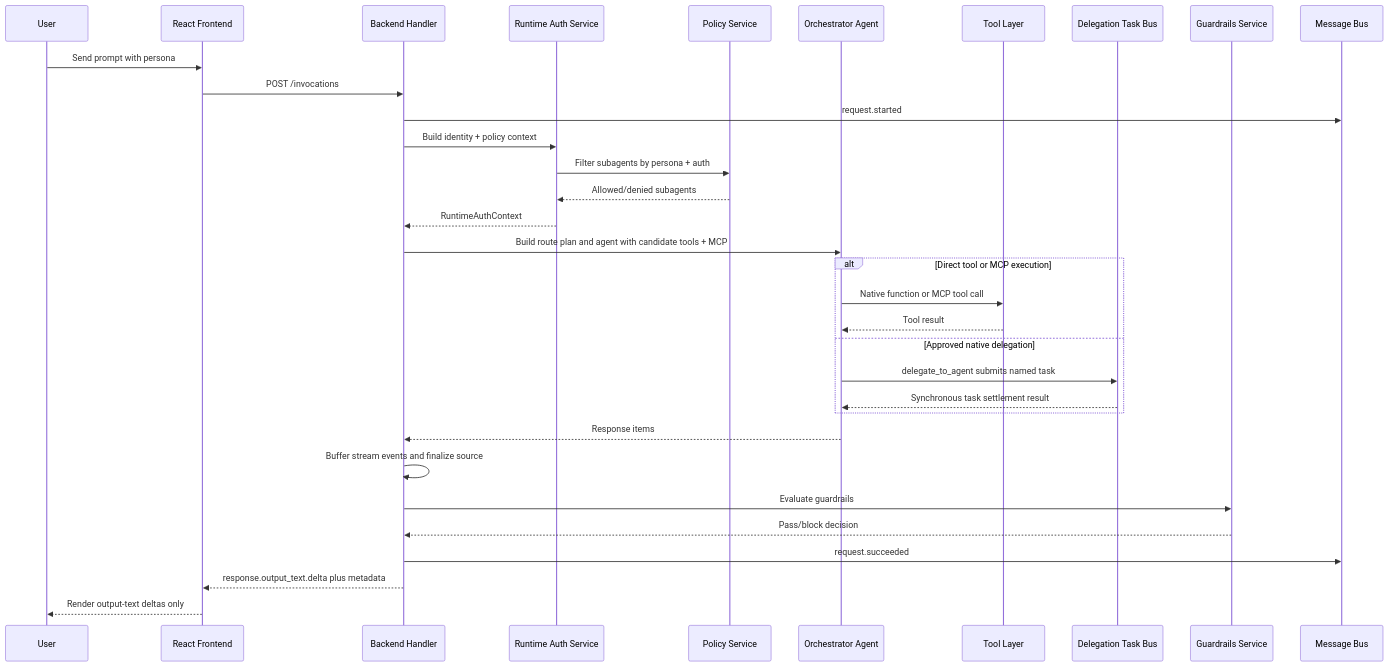
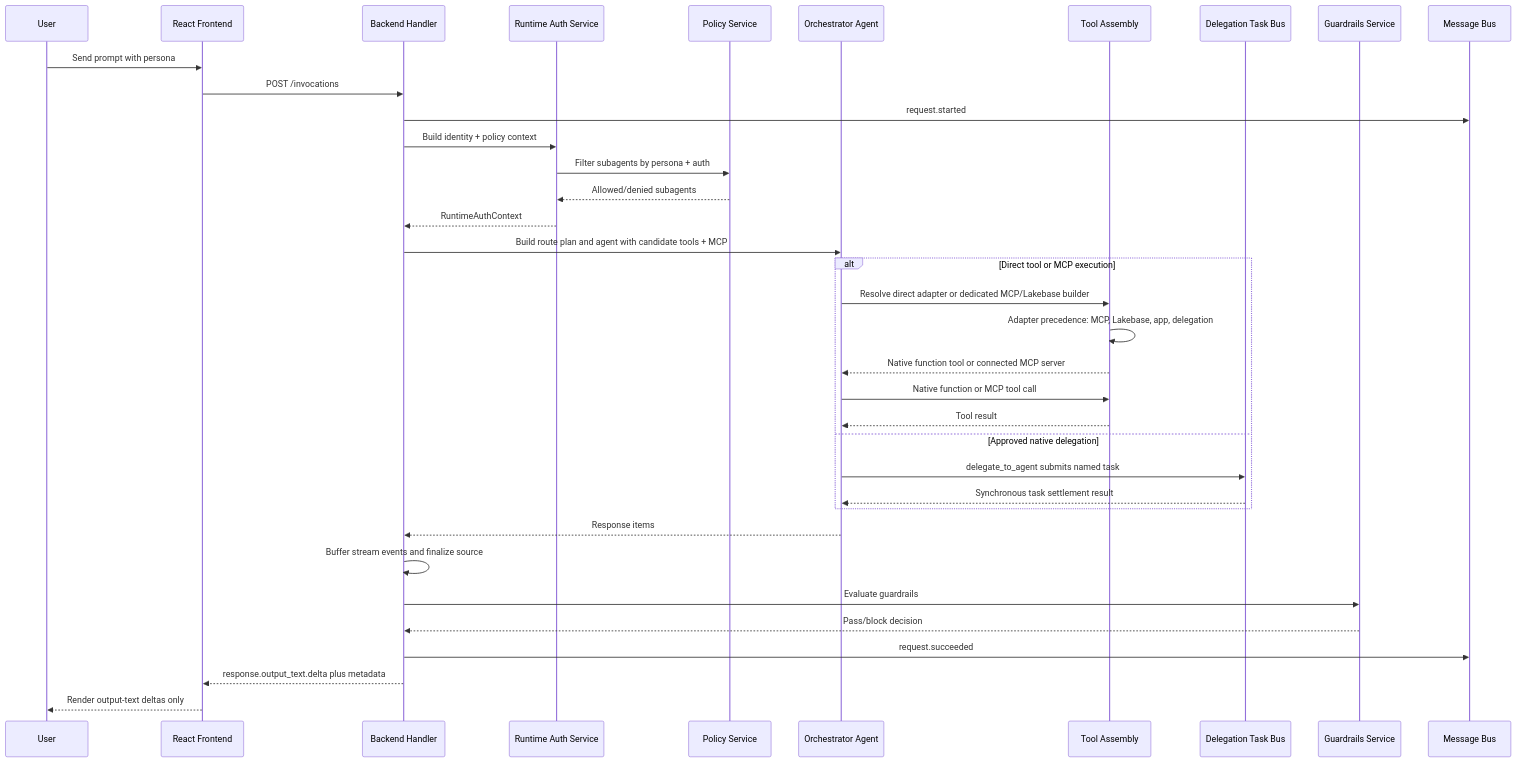
The second of 4 diagrams in docs/architecture/design-artifacts/03-logical-high-level.md (wchen-dea/Governed-Multi-Agent-Intelligence-on-Databricks), drawn with Mermaid before and after one commit. The commit also changed other lines of this file and 12 other files, not shown here.

Commit message:
restructure api and mcp layer

````diff
--- a/docs/architecture/design-artifacts/03-logical-high-level.md
+++ b/docs/architecture/design-artifacts/03-logical-high-level.md
@@ -30,36 +30,39 @@
 ```mermaid
 sequenceDiagram
     participant U as User
     participant FE as React Frontend
     participant BE as Backend Handler
     participant RA as Runtime Auth Service
     participant POL as Policy Service
     participant OR as Orchestrator Agent
-    participant TL as Tool Layer
+    participant TL as Tool Assembly
     participant DT as Delegation Task Bus
     participant GR as Guardrails Service
     participant MB as Message Bus
 
     U->>FE: Send prompt with persona
     FE->>BE: POST /invocations
     BE->>MB: request.started
     BE->>RA: Build identity + policy context
     RA->>POL: Filter subagents by persona + auth
     POL-->>RA: Allowed/denied subagents
     RA-->>BE: RuntimeAuthContext
     BE->>OR: Build route plan and agent with candidate tools + MCP
     alt Direct tool or MCP execution
+        OR->>TL: Resolve direct adapter or dedicated MCP/Lakebase builder
+        TL->>TL: Adapter precedence: MCP, Lakebase, app, delegation
+        TL-->>OR: Native function tool or connected MCP server
         OR->>TL: Native function or MCP tool call
         TL-->>OR: Tool result
     else Approved native delegation
         OR->>DT: delegate_to_agent submits named task
         DT-->>OR: Synchronous task settlement result
     end
     OR-->>BE: Response items
     BE->>BE: Buffer stream events and finalize source
     BE->>GR: Evaluate guardrails
     GR-->>BE: Pass/block decision
     BE->>MB: request.succeeded
     BE-->>FE: response.output_text.delta plus metadata
     FE-->>U: Render output-text deltas only
 ```
````
